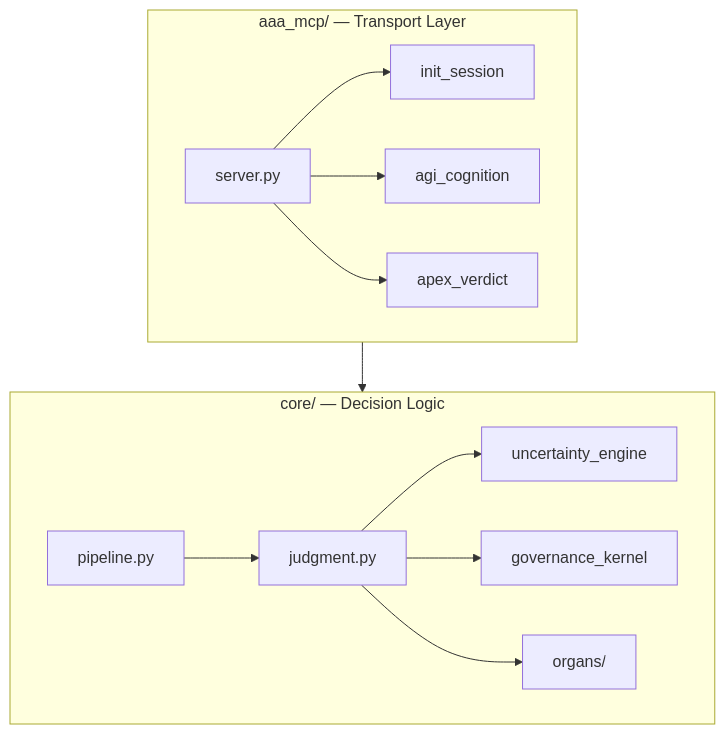
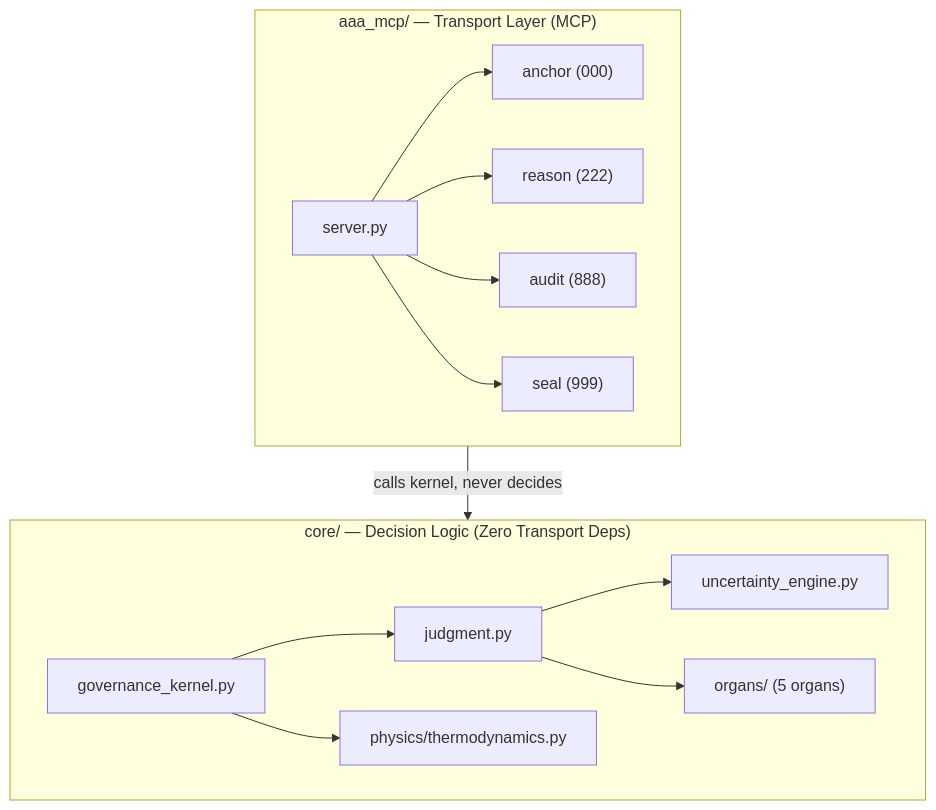
Before and after one commit to ariffazil/arifos: the diagram in README.md, drawn with Mermaid. The commit also changed other lines of this file and 43 other files, not shown here.

````diff
--- a/README.md
+++ b/README.md
@@ -252,17 +223,18 @@
 ```mermaid
 graph TD
-    subgraph Adapter[aaa_mcp/ — Transport Layer]
-        server[server.py] --> init[init_session]
-        server --> agi[agi_cognition]
-        server --> apex[apex_verdict]
+    subgraph Adapter["aaa_mcp/ — Transport Layer (MCP)"]
+        server["server.py"] --> anchor["anchor (000)"]
+        server --> reason["reason (222)"]
+        server --> audit["audit (888)"]
+        server --> seal["seal (999)"]
     end
-    
-    subgraph Kernel[core/ — Decision Logic]
-        pipeline[pipeline.py] --> judgment[judgment.py]
-        judgment --> uncertainty[uncertainty_engine]
-        judgment --> governance[governance_kernel]
-        judgment --> organs[organs/]
+
+    subgraph Kernel["core/ — Decision Logic (Zero Transport Deps)"]
+        gk["governance_kernel.py"] --> judgment["judgment.py"]
+        judgment --> uncertainty["uncertainty_engine.py"]
+        judgment --> organs["organs/ (5 organs)"]
+        gk --> thermo["physics/thermodynamics.py"]
     end
-    
-    Adapter --> Kernel
+
+    Adapter -->|"calls kernel, never decides"| Kernel
 ```
````
